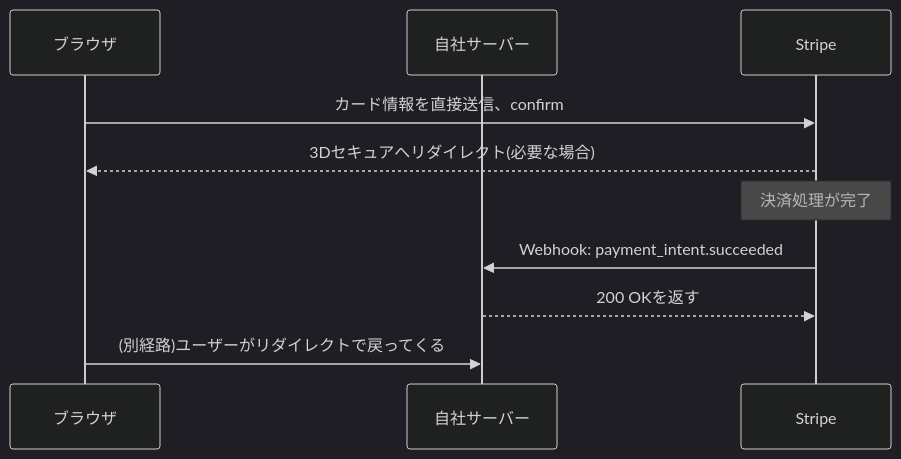
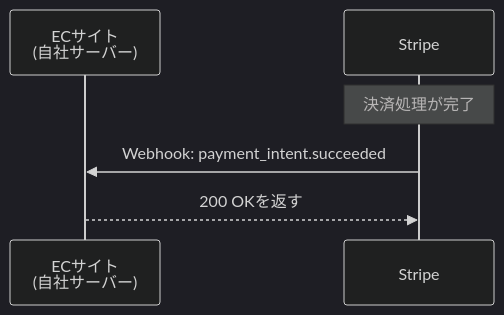
Before and after one commit to koikoi1998/koikoi-blog-20260723: the third of 3 diagrams in src/content/articles/payment-api-guide.md, drawn with Mermaid (dark theme). The commit also changed other lines of this file and 1 other file, not shown here.

First line of the commit message:
フィードバック対応:payment-api-guideをユーザー視点の画面遷移ベースに全面書き直し

````diff
--- a/src/content/articles/payment-api-guide.md
+++ b/src/content/articles/payment-api-guide.md
@@ -82,13 +112,9 @@
 ```mermaid
 sequenceDiagram
-    participant Browser as ブラウザ
-    participant YourServer as 自社サーバー
+    participant Site as ECサイト<br/>(自社サーバー)
     participant Stripe as Stripe
 
-    Browser->>Stripe: カード情報を直接送信、confirm
-    Stripe-->>Browser: 3Dセキュアへリダイレクト(必要な場合)
     Note over Stripe: 決済処理が完了
-    Stripe->>YourServer: Webhook: payment_intent.succeeded
-    YourServer-->>Stripe: 200 OKを返す
-    Browser->>YourServer: (別経路)ユーザーがリダイレクトで戻ってくる
+    Stripe->>Site: Webhook: payment_intent.succeeded
+    Site-->>Stripe: 200 OKを返す
 ```
````
